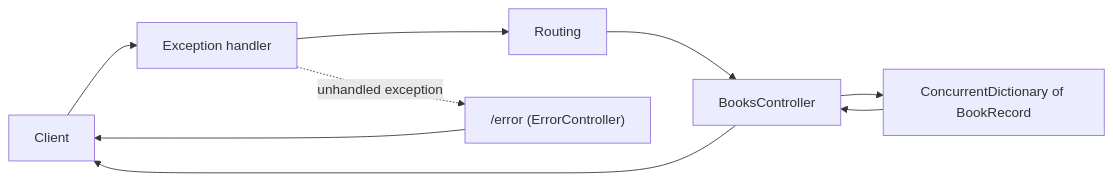
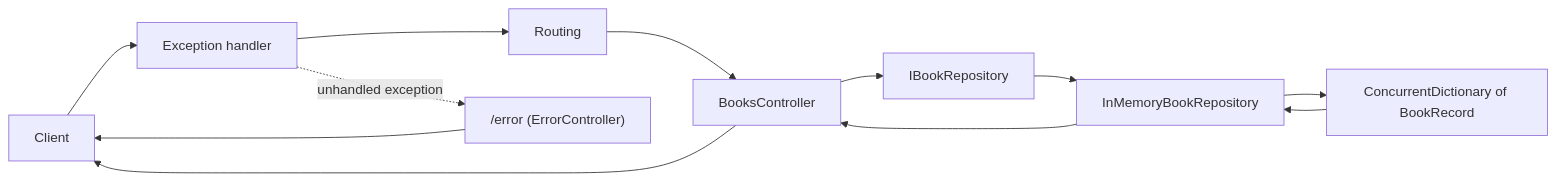
Before and after one commit to sanbrasp/advancedbackendprogramming: the diagram in WebApiBasics/README.md, drawn with Mermaid. The commit also changed other lines of this file, not shown here.

````diff
--- a/WebApiBasics/README.md
+++ b/WebApiBasics/README.md
@@ -44,11 +44,14 @@
 ```mermaid
 flowchart LR
     C[Client] --> E[Exception handler]
     E --> R[Routing]
     R --> B[BooksController]
-    B --> D[ConcurrentDictionary of BookRecord]
-    D --> B
+    B --> I[IBookRepository]
+    I --> M[InMemoryBookRepository]
+    M --> D[ConcurrentDictionary of BookRecord]
+    D --> M
+    M --> B
     B --> C
     E -. unhandled exception .-> X["/error (ErrorController)"]
     X --> C
 ```
````
